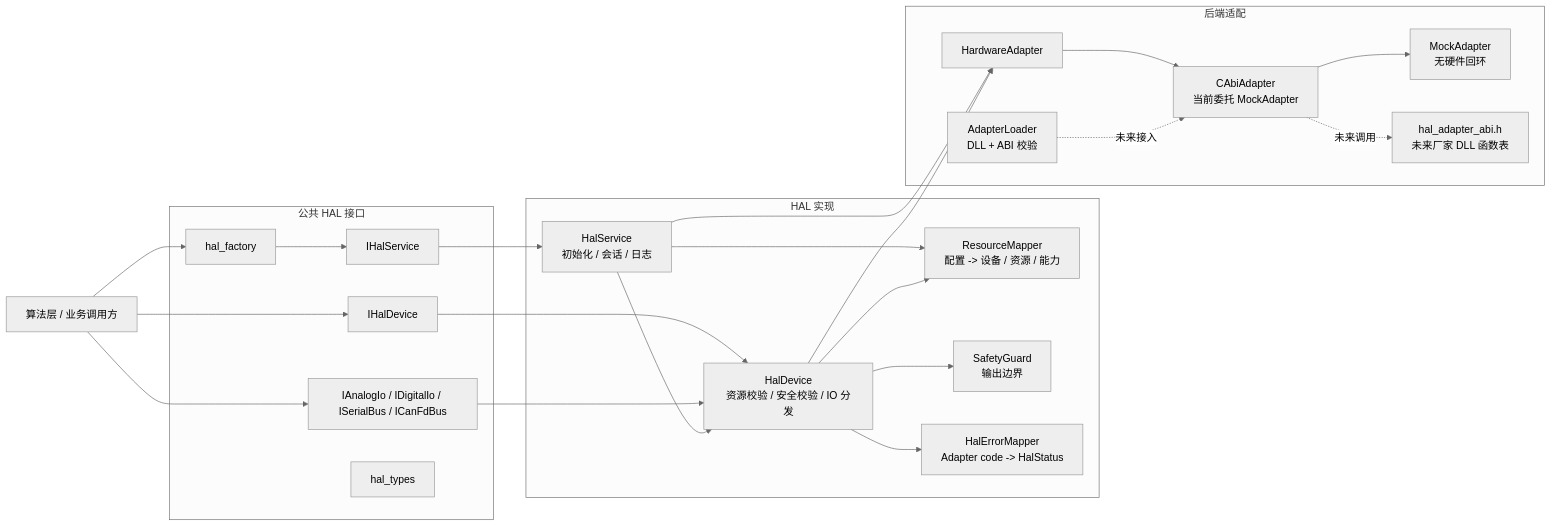
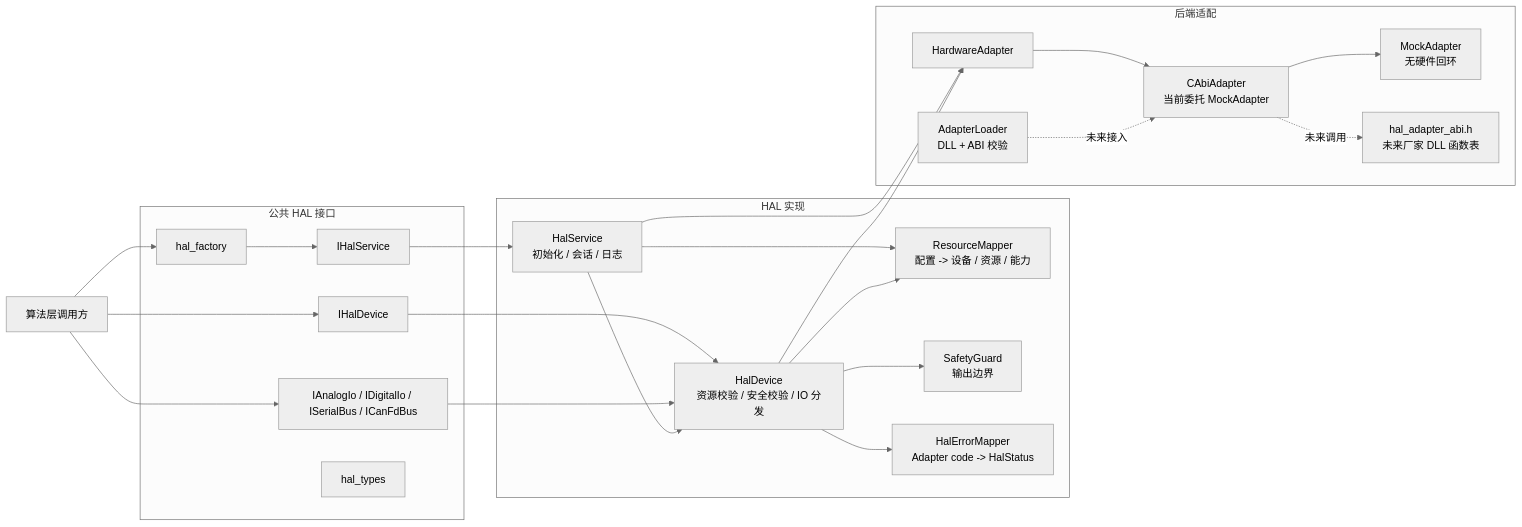
Before and after one commit to Augustusjk2008/testProgram: the first of 6 diagrams in docs/design/implementation/hal-implementation-design-report.md, drawn with Mermaid (neutral theme). The commit also changed 35 other files, not shown here.

````diff
--- a/docs/design/implementation/hal-implementation-design-report.md
+++ b/docs/design/implementation/hal-implementation-design-report.md
@@ -23,42 +23,42 @@
 ```mermaid
 flowchart LR
-  Caller["算法层 / 业务调用方"]
+  Caller["算法层调用方"]
 
   subgraph PublicApi["公共 HAL 接口"]
     Factory["hal_factory"]
     ServiceApi["IHalService"]
     DeviceApi["IHalDevice"]
     IoApi["IAnalogIo / IDigitalIo / ISerialBus / ICanFdBus"]
     Types["hal_types"]
   end
 
   subgraph HalCore["HAL 实现"]
     Service["HalService\n初始化 / 会话 / 日志"]
     Device["HalDevice\n资源校验 / 安全校验 / IO 分发"]
     Mapper["ResourceMapper\n配置 -> 设备 / 资源 / 能力"]
     Safety["SafetyGuard\n输出边界"]
     ErrorMap["HalErrorMapper\nAdapter code -> HalStatus"]
   end
 
   subgraph Backend["后端适配"]
     Adapter["HardwareAdapter"]
     CAbi["CAbiAdapter\n当前委托 MockAdapter"]
     Loader["AdapterLoader\nDLL + ABI 校验"]
     Mock["MockAdapter\n无硬件回环"]
     Abi["hal_adapter_abi.h\n未来厂家 DLL 函数表"]
   end
 
   Caller --> Factory --> ServiceApi --> Service
   Caller --> DeviceApi --> Device
   Caller --> IoApi --> Device
   Service --> Mapper
   Service --> Adapter
   Service --> Device
   Device --> Mapper
   Device --> Safety
   Device --> ErrorMap
   Device --> Adapter
   Adapter --> CAbi --> Mock
   Loader -. "未来接入" .-> CAbi
   CAbi -. "未来调用" .-> Abi
 ```
````
